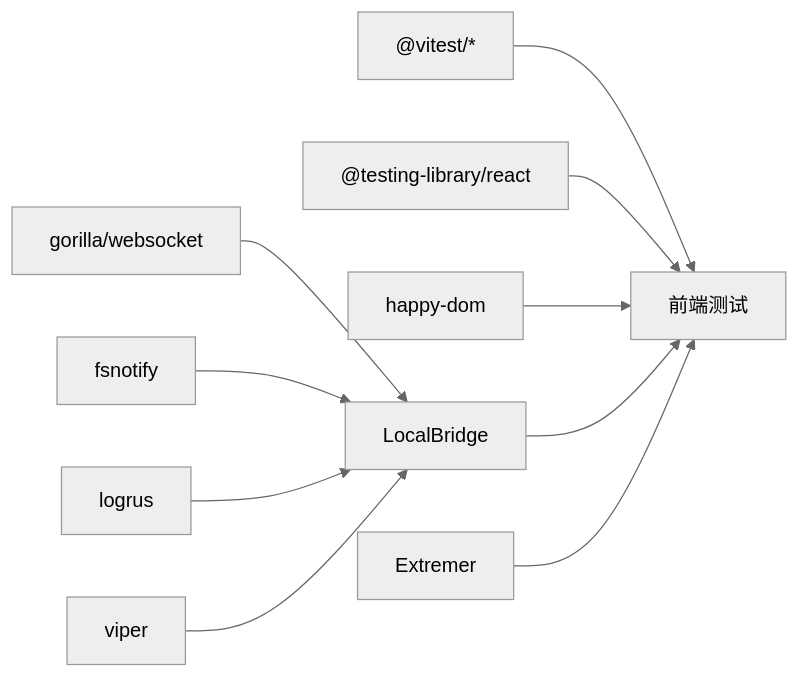
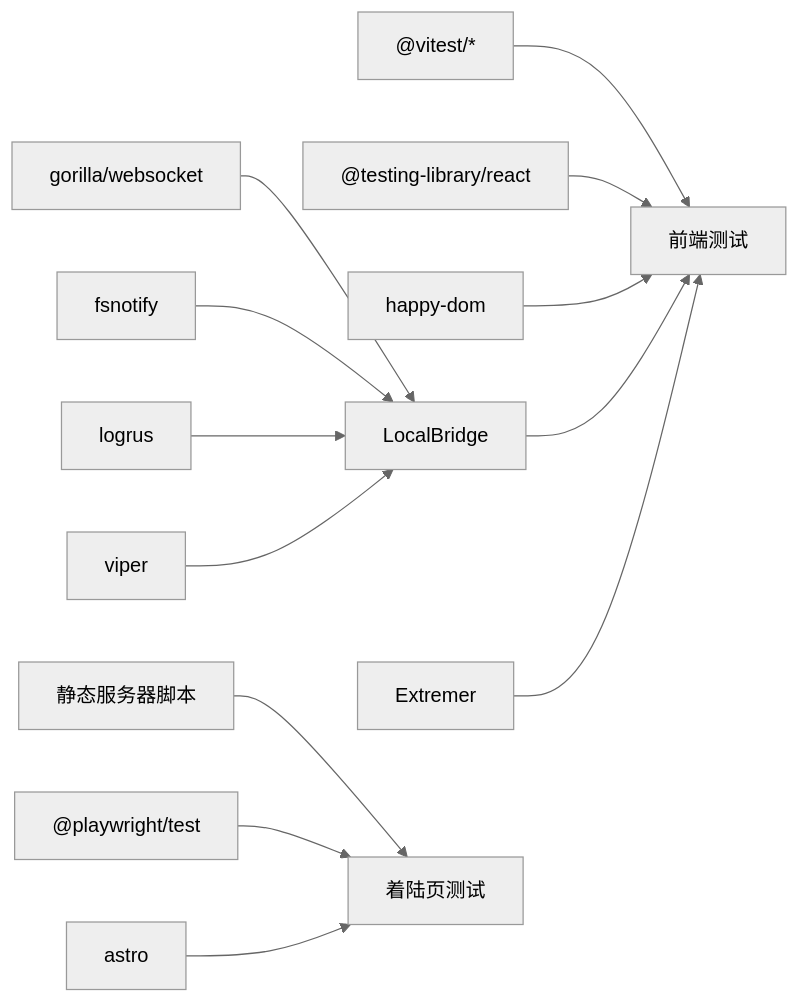
The seventh of 7 diagrams in .qoder/repowiki/zh/content/开发者指南/测试策略/测试策略.md (kqcoxn/MaaPipelineEditor), drawn with Mermaid (neutral theme) before and after one commit. The commit also changed other lines of this file and 8 other files, not shown here.

````diff
--- a/.qoder/repowiki/zh/content/开发者指南/测试策略/测试策略.md
+++ b/.qoder/repowiki/zh/content/开发者指南/测试策略/测试策略.md
@@ -252,12 +341,15 @@
 ```mermaid
 graph LR
 Vitest["@vitest/*"] --> FE["前端测试"]
 TLReact["@testing-library/react"] --> FE
 Happy["happy-dom"] --> FE
 LB["LocalBridge"] --> FE
 EX["Extremer"] --> FE
 WS["gorilla/websocket"] --> LB
 FS["fsnotify"] --> LB
 Log["logrus"] --> LB
 VP["viper"] --> LB
+Static["静态服务器脚本"] --> LP["着陆页测试"]
+Playwright["@playwright/test"] --> LP
+Astro["astro"] --> LP
 ```
````
